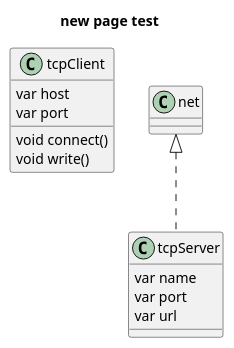
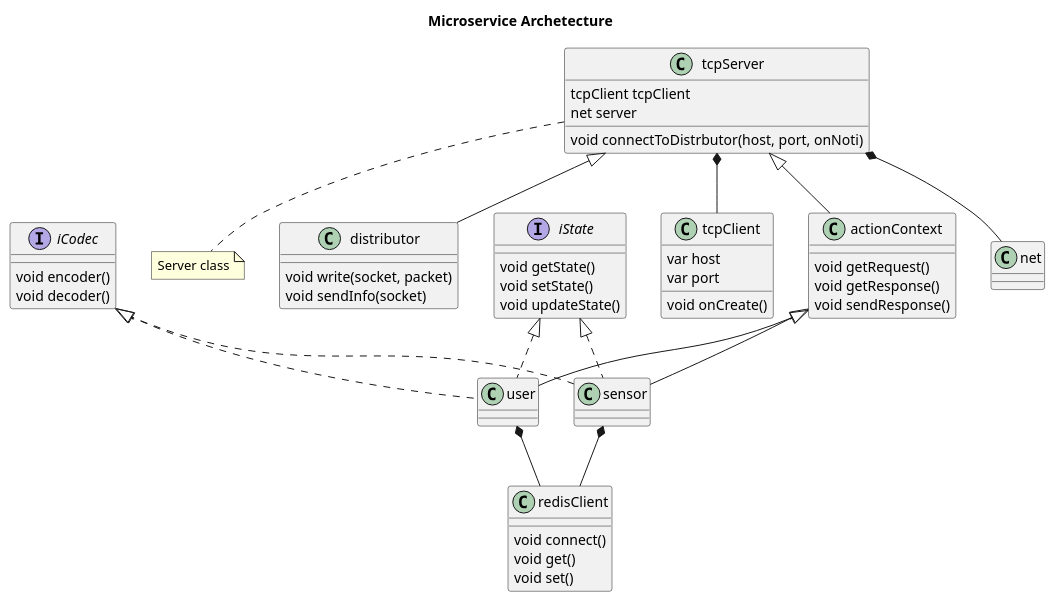
One commit to JuneJobs/Microserveice changed the diagram in classDiagram.wsd. Above: the diagram before and after it, drawn with PlantUML.

Commit message:
Update class informiaton
Added some interfaces and redis class.

```diff
--- a/classDiagram.wsd
+++ b/classDiagram.wsd
@@ -1,20 +1,72 @@
 @startuml
-title new page test
+title Microservice Archetecture
 class tcpClient {
     var host
     var port
-    void connect()
-    void write()
+    void onCreate()
 }
 
 class net {
 
 }
 
-class tcpServer implements net {
-    var name
-    var port
-    var url
+class tcpServer {
+    tcpClient tcpClient
+    net server
+    void connectToDistrbutor(host, port, onNoti)
+}
+
+note "Server class" as N1
+tcpServer .. N1  
+
+tcpServer *-- net
+tcpServer *-- tcpClient
+
+
+class distributor extends tcpServer {
+    void write(socket, packet)
+    void sendInfo(socket)
+}
+
+class actionContext extends tcpServer{
+    void getRequest()
+    void getResponse()
+    void sendResponse()
+}
+
+class redisClient {
+    void connect()
+    void get()
+    void set()
+}
+
+Interface iState {
+    void getState()
+    void setState()
+    void updateState()
+}
+
+Interface iCodec {
+    void encoder()
+    void decoder()
+}
+
+class user extends actionContext {
 
 }
+user *-- redisClient
+iState <|.. user
+iCodec <|.. user
+
+class sensor extends actionContext {
+
+}
+
+sensor *-- redisClient
+
+iState <|.. sensor
+iCodec <|.. sensor
+
+
+
 @enduml
```
